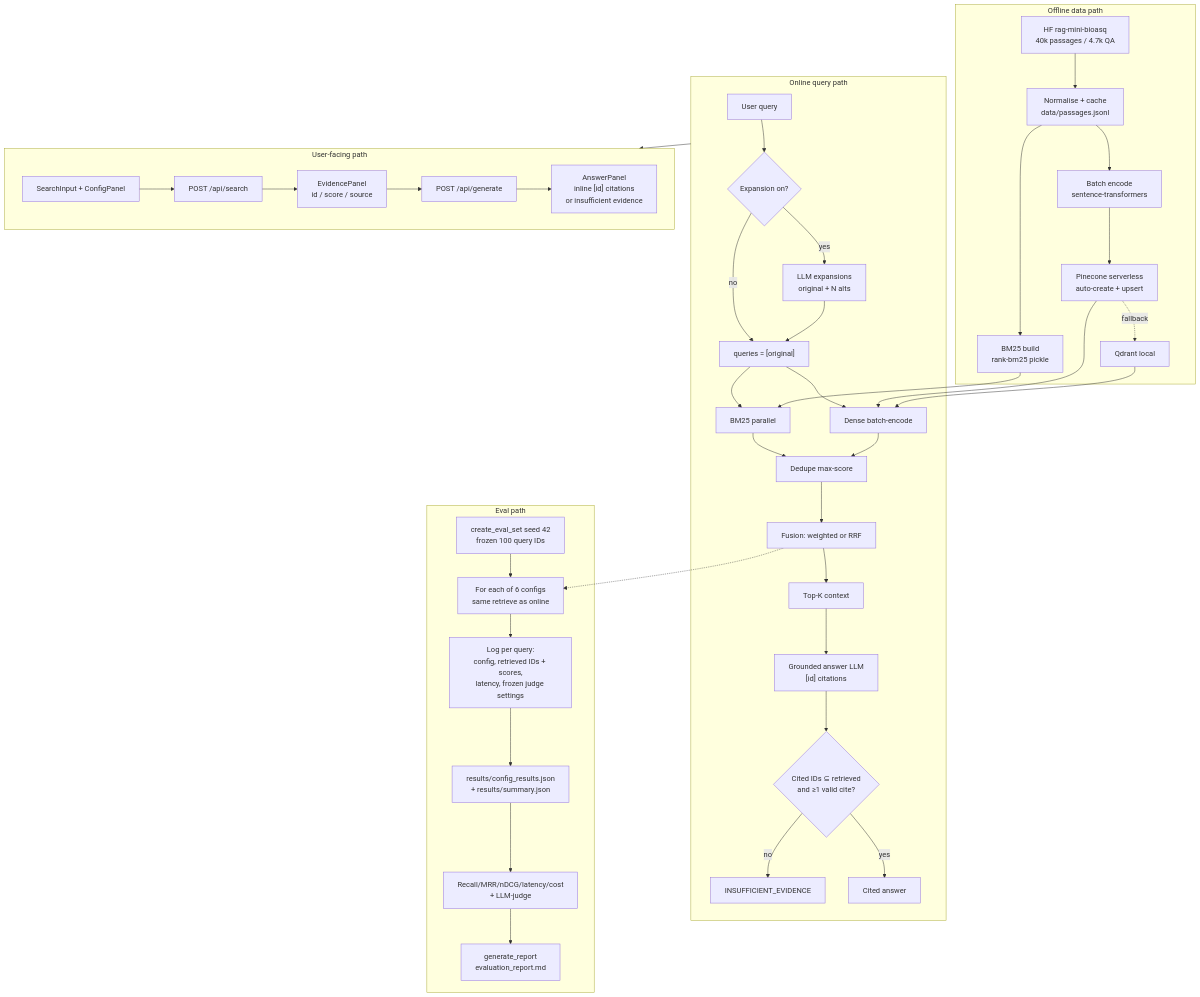
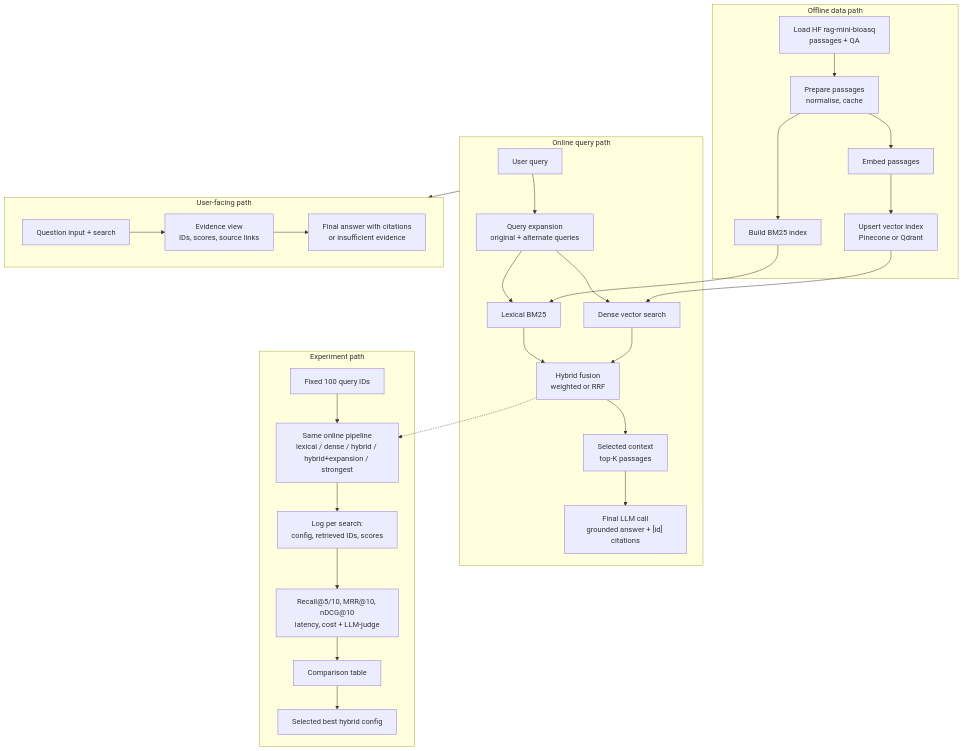
The diagram in docs/architecture.md (learningsam20/biommed_eval), drawn with Mermaid before and after one commit. The commit also changed other lines of this file and 24 other files, not shown here.

````diff
--- a/docs/architecture.md
+++ b/docs/architecture.md
@@ -7,44 +7,37 @@
 ```mermaid
 flowchart TB
     subgraph OFFLINE["Offline data path"]
-        HF["HF rag-mini-bioasq<br/>40k passages / 4.7k QA"] --> NORM["Normalise + cache<br/>data/passages.jsonl"]
-        NORM --> BM25B["BM25 build<br/>rank-bm25 pickle"]
-        NORM --> ENC["Batch encode<br/>sentence-transformers"]
-        ENC --> PIN["Pinecone serverless<br/>auto-create + upsert"]
-        PIN -.fallback.-> QDR["Qdrant local"]
+        HF["Load HF rag-mini-bioasq<br/>passages + QA"] --> PREP["Prepare passages<br/>normalise, cache"]
+        PREP --> BM25B["Build BM25 index"]
+        PREP --> ENC["Embed passages"]
+        ENC --> VS["Upsert vector index<br/>Pinecone or Qdrant"]
     end
+
     subgraph ONLINE["Online query path"]
-        UQ["User query"] --> EXP{"Expansion on?"}
-        EXP -- yes --> EXPL["LLM expansions<br/>original + N alts"]
-        EXP -- no --> QSET["queries = [original]"]
-        EXPL --> QSET
-        QSET --> LX["BM25 parallel"]
-        QSET --> DN["Dense batch-encode"]
+        UQ["User query"] --> EXP["Query expansion<br/>original + alternate queries"]
+        EXP --> LX["Lexical BM25"]
+        EXP --> DN["Dense vector search"]
         BM25B --> LX
-        PIN --> DN
-        QDR --> DN
-        LX --> DED["Dedupe max-score"]
-        DN --> DED
-        DED --> FUS["Fusion: weighted or RRF"]
-        FUS --> CTX["Top-K context"]
-        CTX --> GEN["Grounded answer LLM<br/>[id] citations"]
-        GEN --> VAL{"Cited IDs ⊆ retrieved<br/>and ≥1 valid cite?"}
-        VAL -- no --> INS["INSUFFICIENT_EVIDENCE"]
-        VAL -- yes --> ANS["Cited answer"]
+        VS --> DN
+        LX --> FUS["Hybrid fusion<br/>weighted or RRF"]
+        DN --> FUS
+        FUS --> CTX["Selected context<br/>top-K passages"]
+        CTX --> GEN["Final LLM call<br/>grounded answer + [id] citations"]
     end
+
     subgraph UI["User-facing path"]
-        SI["SearchInput + ConfigPanel"] --> SE["POST /api/search"]
-        SE --> EV["EvidencePanel<br/>id / score / source"]
-        EV --> AA["POST /api/generate"]
-        AA --> AP["AnswerPanel<br/>inline [id] citations<br/>or insufficient evidence"]
+        IN["Question input + search"] --> EV["Evidence view<br/>IDs, scores, source links"]
+        EV --> FAN["Final answer with citations<br/>or insufficient evidence"]
     end
-    subgraph EXP2["Eval path"]
-        CS["create_eval_set seed 42<br/>frozen 100 query IDs"] --> LOOP["For each of 6 configs<br/>same retrieve as online"]
-        FUS -.-> LOOP
-        LOOP --> LOG["Log per query:<br/>config, retrieved IDs + scores,<br/>latency, frozen judge settings"]
-        LOG --> ART["results/config_results.json<br/>+ results/summary.json"]
-        ART --> MET["Recall/MRR/nDCG/latency/cost<br/>+ LLM-judge"]
-        MET --> REP["generate_report<br/>evaluation_report.md"]
+
+    subgraph EXP2["Experiment path"]
+        SET["Fixed 100 query IDs"] --> RUN["Same online pipeline<br/>lexical / dense / hybrid / hybrid+expansion / strongest"]
+        FUS -.-> RUN
+        RUN --> LOG["Log per search:<br/>config, retrieved IDs, scores"]
+        LOG --> SCORE["Recall@5/10, MRR@10, nDCG@10<br/>latency, cost + LLM-judge"]
+        SCORE --> TABLE["Comparison table"]
+        TABLE --> BEST["Selected best hybrid config"]
     end
+
     ONLINE --> UI
 ```
````
